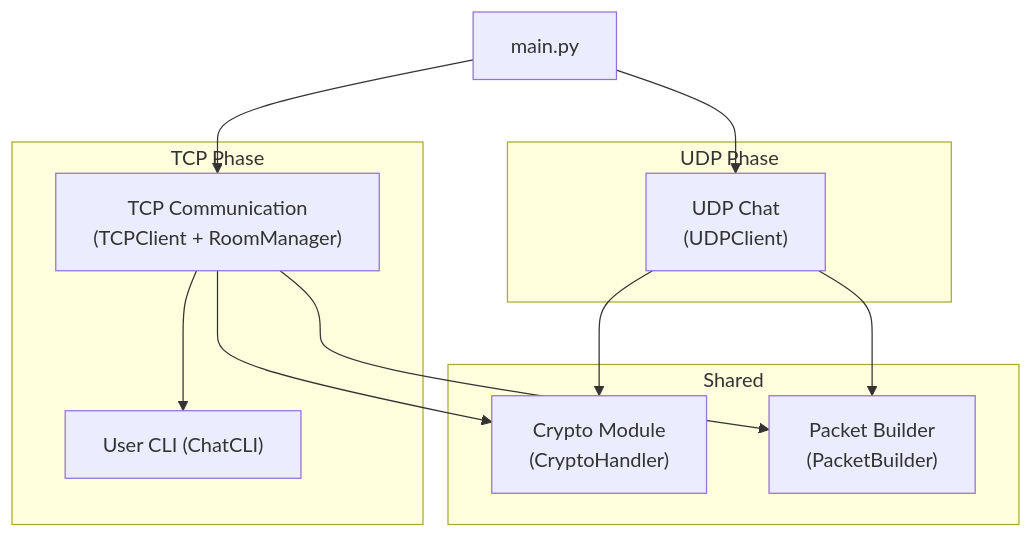
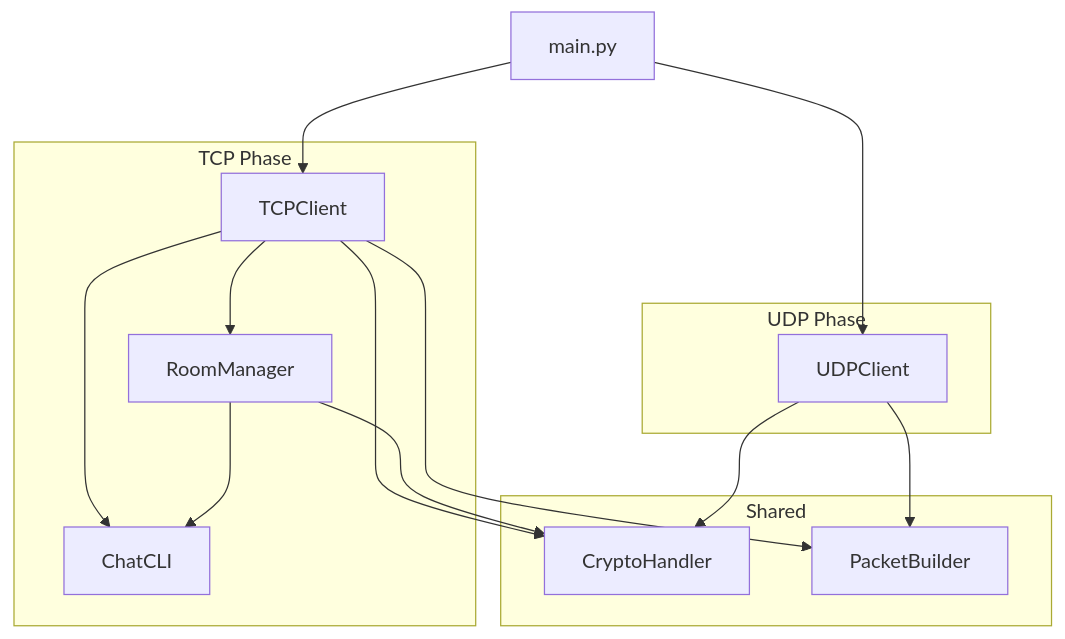
The first of 5 diagrams in README.md (BackendExplorer/Online-Chat-Service), drawn with Mermaid before and after one commit.

````diff
--- a/README.md
+++ b/README.md
@@ -1,28 +1,31 @@
 ```mermaid
 flowchart TD
-    main["main.py"]
+    main[main.py]
 
     subgraph TCP Phase
-        tcp["TCP Communication\n(TCPClient + RoomManager)"]
-        cli["User CLI (ChatCLI)"]
+        tcp[TCPClient]
+        room[RoomManager]
+        cli[ChatCLI]
     end
 
     subgraph UDP Phase
-        udp["UDP Chat\n(UDPClient)"]
+        udp[UDPClient]
     end
 
     subgraph Shared
-        crypto["Crypto Module\n(CryptoHandler)"]
-        packet["Packet Builder\n(PacketBuilder)"]
+        crypto[CryptoHandler]
+        packet[PacketBuilder]
     end
 
     main --> tcp
     main --> udp
+    tcp --> room
     tcp --> cli
     tcp --> crypto
     tcp --> packet
+    room --> cli
+    room --> crypto
     udp --> crypto
     udp --> packet
 
-
 ```
````
